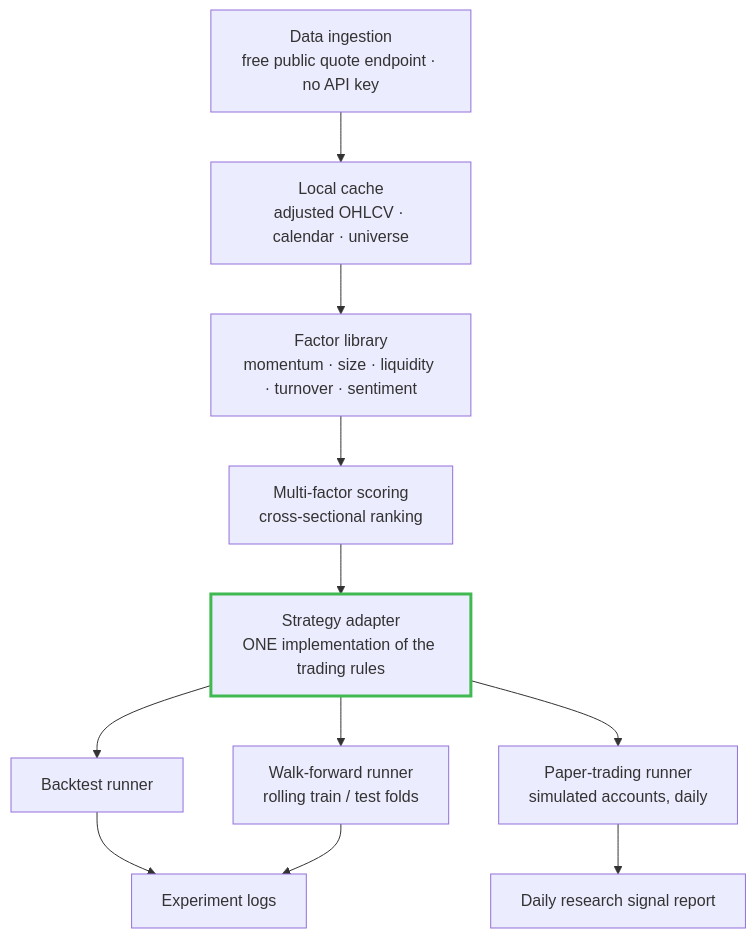
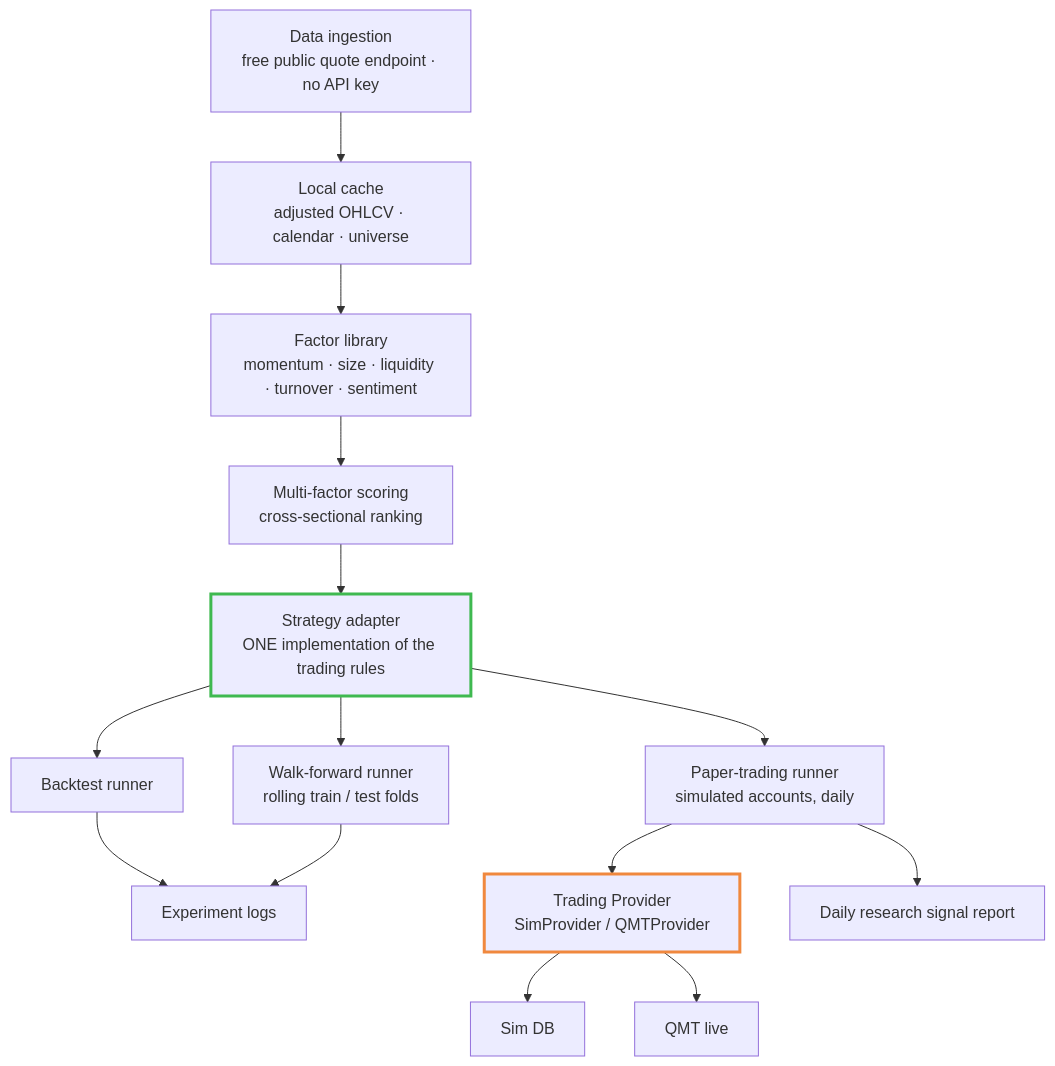
The diagram in README.md (fkchaos/a-share-quant-sim), drawn with Mermaid before and after one commit. The commit also changed other lines of this file and 2 other files, not shown here.

Commit message:
docs: 同步更新CLAUDE.md/README — Provider架构+QMT迁移+v82/v83实验
- CLAUDE.md: 项目结构增加providers/、trading层；新增陷阱12-14；实验编号v82/v83
- README.zh-CN.md: 架构图增加Trading Provider层；里面有什么增加交易层；FAQ更新QMT状态
- README.md: 同步英文更新

````diff
--- a/README.md
+++ b/README.md
@@ -80,14 +80,18 @@
 ```mermaid
 flowchart TD
     A["Data ingestion<br/>free public quote endpoint · no API key"] --> B["Local cache<br/>adjusted OHLCV · calendar · universe"]
     B --> C["Factor library<br/>momentum · size · liquidity · turnover · sentiment"]
     C --> D["Multi-factor scoring<br/>cross-sectional ranking"]
     D --> E["Strategy adapter<br/>ONE implementation of the trading rules"]
     E --> F["Backtest runner"]
     E --> G["Walk-forward runner<br/>rolling train / test folds"]
     E --> H["Paper-trading runner<br/>simulated accounts, daily"]
+    H --> T["Trading Provider<br/>SimProvider / QMTProvider"]
+    T --> S["Sim DB"]
+    T --> Q["QMT live"]
     F --> L["Experiment logs"]
     G --> L
     H --> R["Daily research signal report"]
     style E stroke:#3fb950,stroke-width:3px
+    style T stroke:#f0883e,stroke-width:3px
 ```
````
